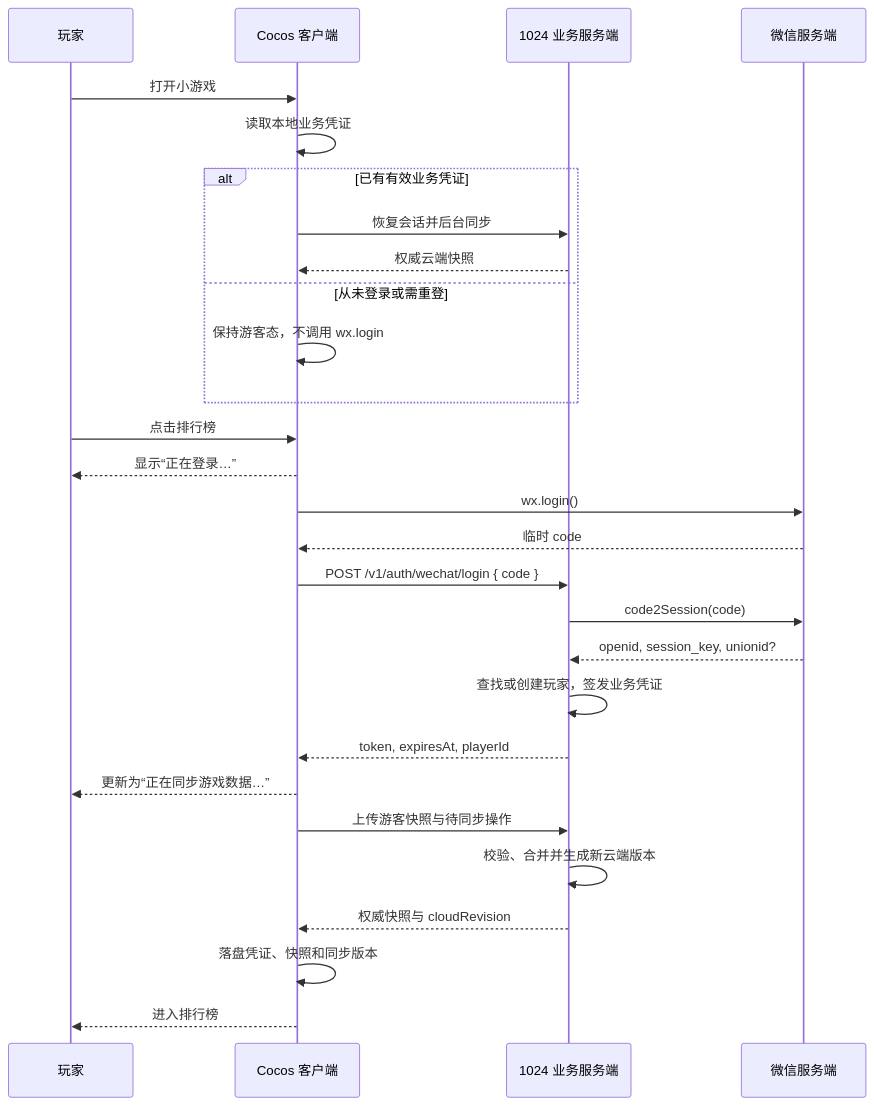
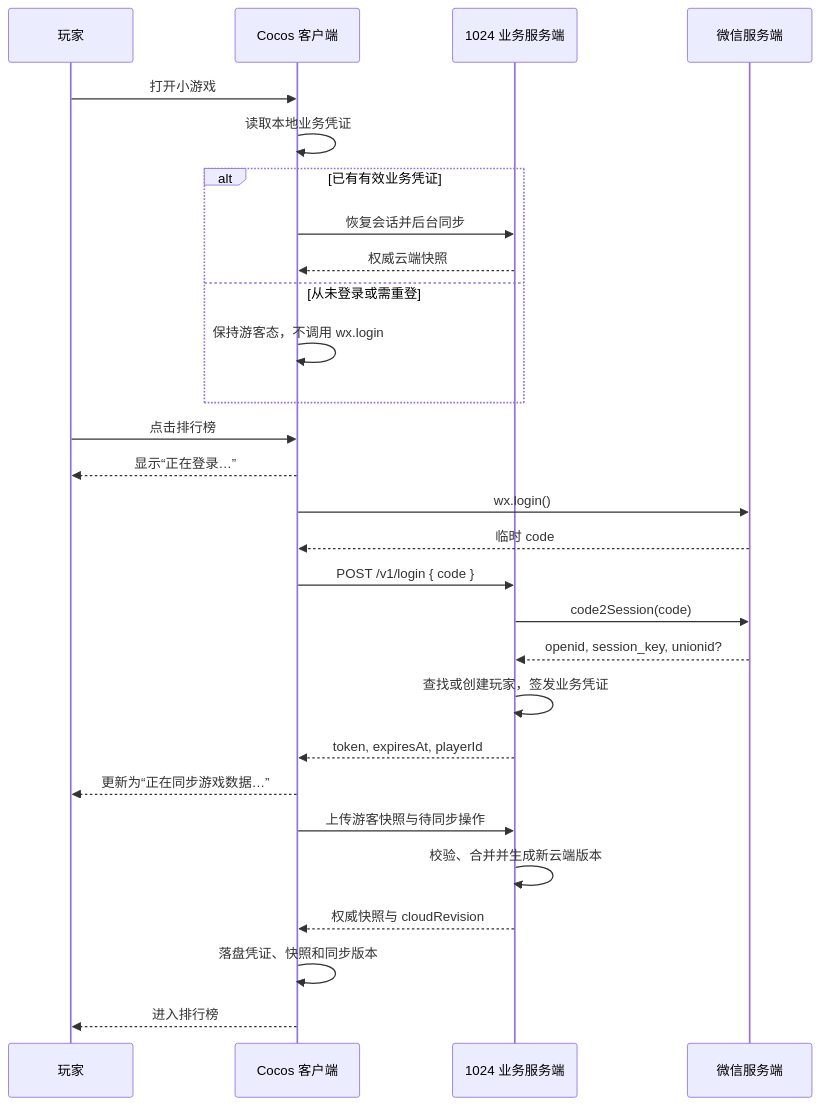
Before and after one commit to zoe249/1024: the diagram in 需求文档-微信小游戏登录流程.md, drawn with Mermaid. The commit also changed other lines of this file, not shown here.

````diff
--- a/需求文档-微信小游戏登录流程.md
+++ b/需求文档-微信小游戏登录流程.md
@@ -69,31 +69,31 @@
 ```mermaid
 sequenceDiagram
     participant U as 玩家
     participant C as Cocos 客户端
     participant S as 1024 业务服务端
     participant W as 微信服务端
 
     U->>C: 打开小游戏
     C->>C: 读取本地业务凭证
     alt 已有有效业务凭证
         C->>S: 恢复会话并后台同步
         S-->>C: 权威云端快照
     else 从未登录或需重登
         C->>C: 保持游客态，不调用 wx.login
     end
     U->>C: 点击排行榜
     C-->>U: 显示“正在登录…”
     C->>W: wx.login()
     W-->>C: 临时 code
-    C->>S: POST /v1/auth/wechat/login { code }
+    C->>S: POST /v1/login { code }
     S->>W: code2Session(code)
     W-->>S: openid, session_key, unionid?
     S->>S: 查找或创建玩家，签发业务凭证
     S-->>C: token, expiresAt, playerId
     C-->>U: 更新为“正在同步游戏数据…”
     C->>S: 上传游客快照与待同步操作
     S->>S: 校验、合并并生成新云端版本
     S-->>C: 权威快照与 cloudRevision
     C->>C: 落盘凭证、快照和同步版本
     C-->>U: 进入排行榜
 ```
````
